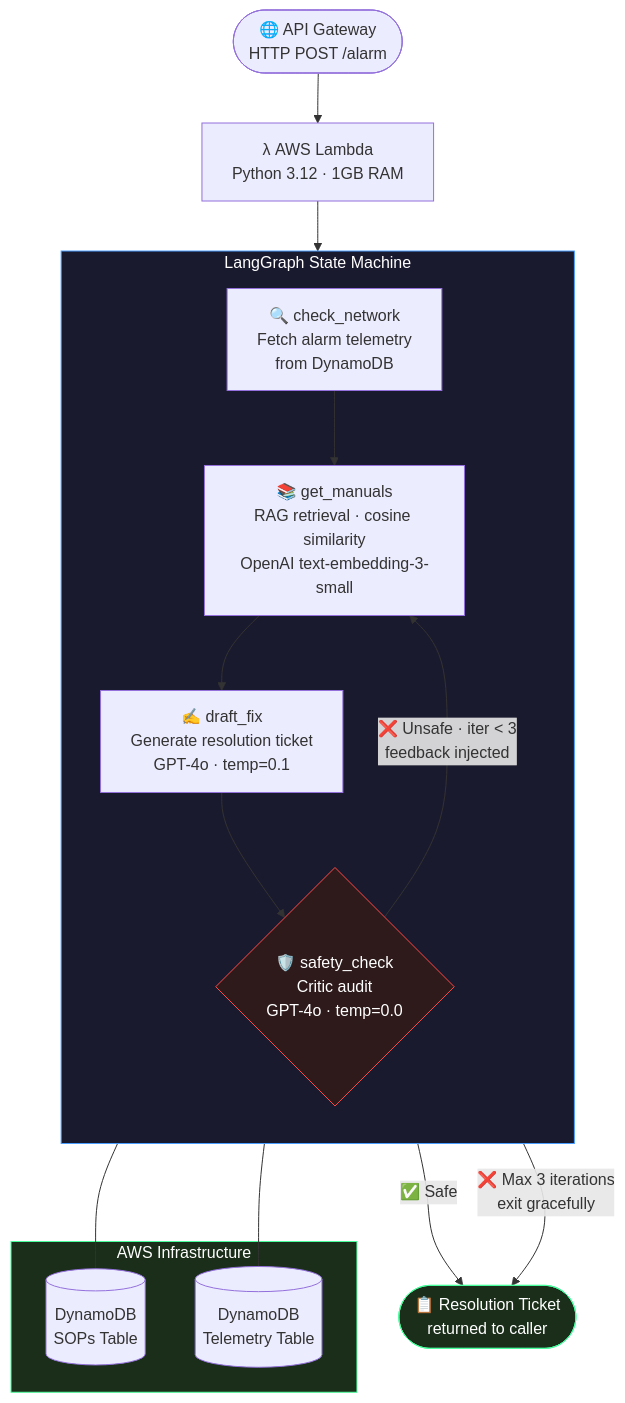
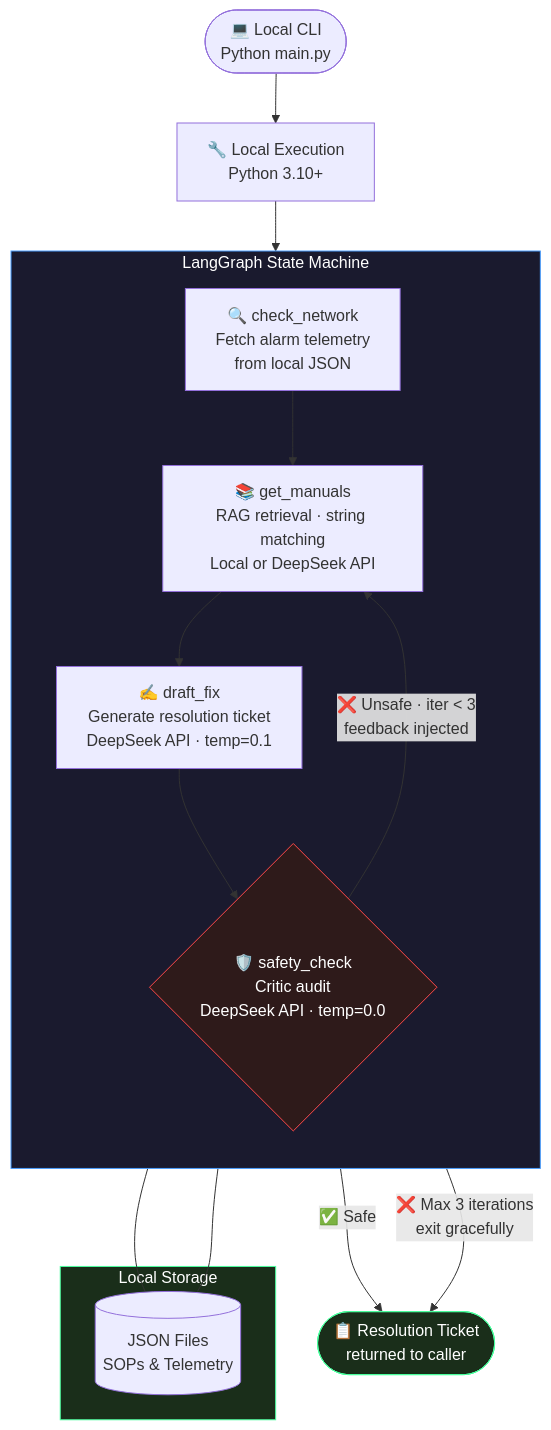
The diagram in README.md (BeAngryGroot/wsb_first_agent), drawn with Mermaid before and after one commit. The commit also changed other lines of this file, not shown here.

Commit message:
Update README.md for local development with DeepSeek API

````diff
--- a/README.md
+++ b/README.md
@@ -63,38 +72,37 @@
 ```mermaid
 flowchart TD
-    A([🌐 API Gateway\nHTTP POST /alarm]) --> B
+    A([💻 Local CLI\nPython main.py]) --> B
 
-    B[λ AWS Lambda\nPython 3.12 · 1GB RAM]
+    B[🔧 Local Execution\nPython 3.10+]
     B --> C
 
     subgraph GRAPH [LangGraph State Machine]
         direction TB
-        C[🔍 check_network\nFetch alarm telemetry\nfrom DynamoDB]
+        C[🔍 check_network\nFetch alarm telemetry\nfrom local JSON]
         C --> D
 
-        D[📚 get_manuals\nRAG retrieval · cosine similarity\nOpenAI text-embedding-3-small]
+        D[📚 get_manuals\nRAG retrieval · string matching\nLocal or DeepSeek API]
         D --> E
 
-        E[✍️ draft_fix\nGenerate resolution ticket\nGPT-4o · temp=0.1]
+        E[✍️ draft_fix\nGenerate resolution ticket\nDeepSeek API · temp=0.1]
         E --> F
 
-        F{🛡️ safety_check\nCritic audit\nGPT-4o · temp=0.0}
+        F{🛡️ safety_check\nCritic audit\nDeepSeek API · temp=0.0}
     end
 
     F -->|✅ Safe| G([📋 Resolution Ticket\nreturned to caller])
     F -->|❌ Unsafe · iter < 3\nfeedback injected| D
     F -->|❌ Max 3 iterations\nexit gracefully| G
 
-    subgraph AWS [AWS Infrastructure]
-        H[(DynamoDB\nSOPs Table)]
-        I[(DynamoDB\nTelemetry Table)]
+    subgraph Local [Local Storage]
+        H[(JSON Files\nSOPs & Telemetry)]
     end
 
-    C --- I
+    C --- H
     D --- H
 
     style GRAPH fill:#1a1a2e,stroke:#4a9eff,color:#fff
-    style AWS fill:#1a2e1a,stroke:#4aff9e,color:#fff
+    style Local fill:#1a2e1a,stroke:#4aff9e,color:#fff
     style F fill:#2e1a1a,stroke:#ff4a4a,color:#fff
     style G fill:#1a2e1a,stroke:#4aff9e,color:#fff
 ```
````
